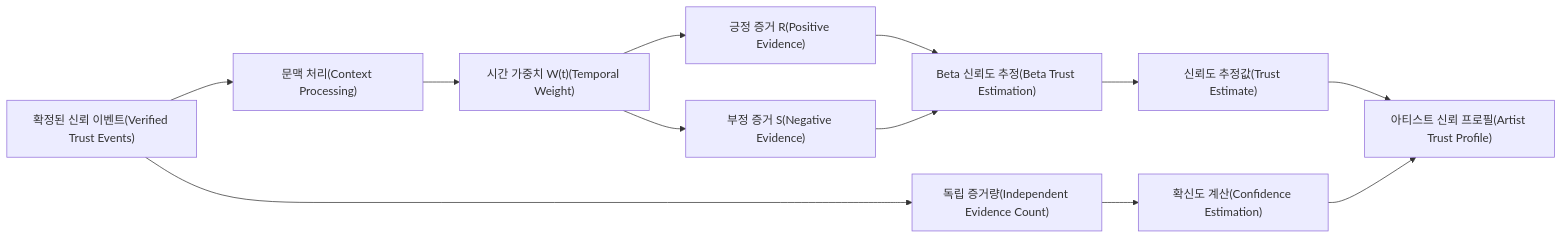
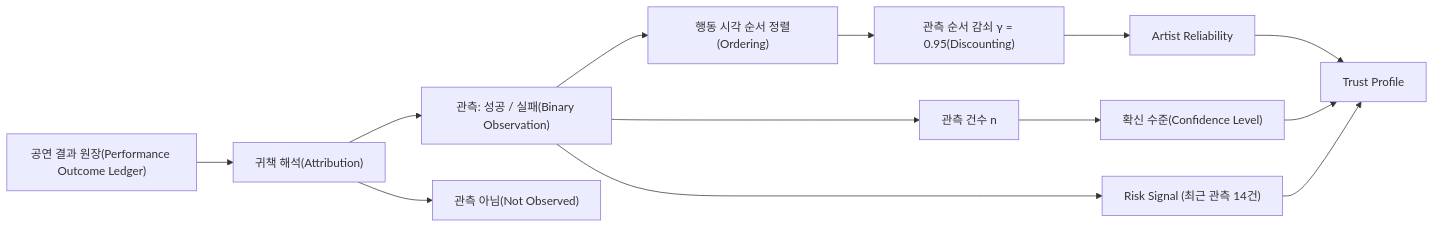
Before and after one commit to nsuCapstoneTeam/NSU_CAPSTONE: the sixth of 10 diagrams in docs/adr/artist_trust_architecture/01_artist_trust_architecture.md, drawn with Mermaid. The commit also changed other lines of this file and 13 other files, not shown here.

First line of the commit message:
Docs: [NSU-20] Artist Reliability 설계 개정(reliability-v1)과 SSOT v1.4 반영 (#83)

````diff
--- a/docs/adr/artist_trust_architecture/01_artist_trust_architecture.md
+++ b/docs/adr/artist_trust_architecture/01_artist_trust_architecture.md
@@ -456,22 +478,22 @@
 ```mermaid
 flowchart LR
 
-    Events["확정된 신뢰 이벤트(Verified Trust Events)"]
+    Ledger["공연 결과 원장(Performance Outcome Ledger)"]
 
-    Events --> Context["문맥 처리(Context Processing)"]
-    Context --> Temporal["시간 가중치 W(t)(Temporal Weight)"]
+    Ledger --> Attribution["귀책 해석(Attribution)"]
+    Attribution --> Observation["관측: 성공 / 실패(Binary Observation)"]
+    Attribution --> Excluded["관측 아님(Not Observed)"]
 
-    Temporal --> Positive["긍정 증거 R(Positive Evidence)"]
-    Temporal --> Negative["부정 증거 S(Negative Evidence)"]
+    Observation --> Order["행동 시각 순서 정렬(Ordering)"]
+    Order --> Decay["관측 순서 감쇠 γ = 0.95(Discounting)"]
+    Decay --> Reliability["Artist Reliability"]
 
-    Positive --> Beta["Beta 신뢰도 추정(Beta Trust Estimation)"]
-    Negative --> Beta
+    Observation --> Count["관측 건수 n"]
+    Count --> Level["확신 수준(Confidence Level)"]
 
-    Beta --> Score["신뢰도 추정값(Trust Estimate)"]
+    Observation --> Risk["Risk Signal (최근 관측 14건)"]
 
-    Events --> Evidence["독립 증거량(Independent Evidence Count)"]
-    Evidence --> Confidence["확신도 계산(Confidence Estimation)"]
-
-    Score --> Profile["아티스트 신뢰 프로필(Artist Trust Profile)"]
-    Confidence --> Profile
+    Reliability --> Profile["Trust Profile"]
+    Level --> Profile
+    Risk --> Profile
 ```
````
